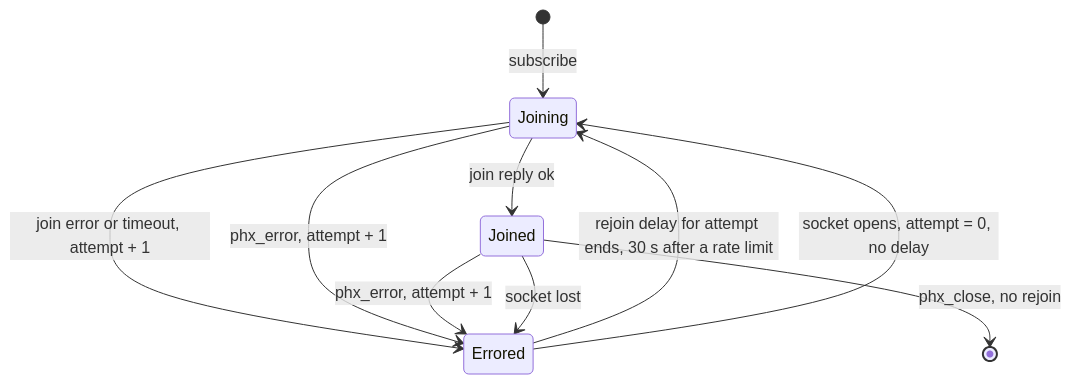
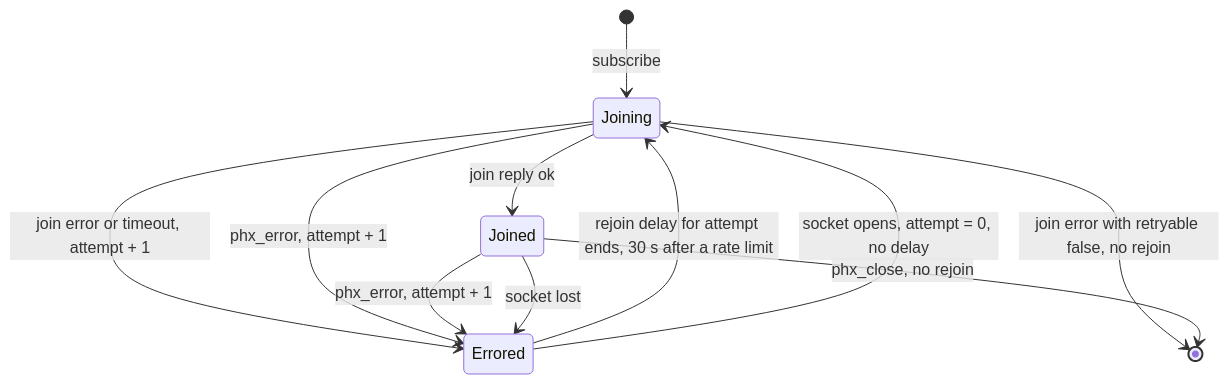
Before and after one commit to supabase/sdk: the diagram in packages/capability-matrix/specs/realtime/channel/subscribe.md, drawn with Mermaid. The commit also changed other lines of this file, not shown here.

Commit message:
docs(realtime): end a subscription on a join error marked not retryable

````diff
--- a/packages/capability-matrix/specs/realtime/channel/subscribe.md
+++ b/packages/capability-matrix/specs/realtime/channel/subscribe.md
@@ -66,12 +90,13 @@
 ```mermaid
 stateDiagram-v2
     [*] --> Joining: subscribe
     Joining --> Joined: join reply ok
     Joining --> Errored: join error or timeout, attempt + 1
+    Joining --> [*]: join error with retryable false, no rejoin
     Errored --> Joining: rejoin delay for attempt ends, 30 s after a rate limit
     Joining --> Errored: phx_error, attempt + 1
     Joined --> Errored: phx_error, attempt + 1
     Joined --> Errored: socket lost
     Joined --> [*]: phx_close, no rejoin
     Errored --> Joining: socket opens, attempt = 0, no delay
 ```
````
